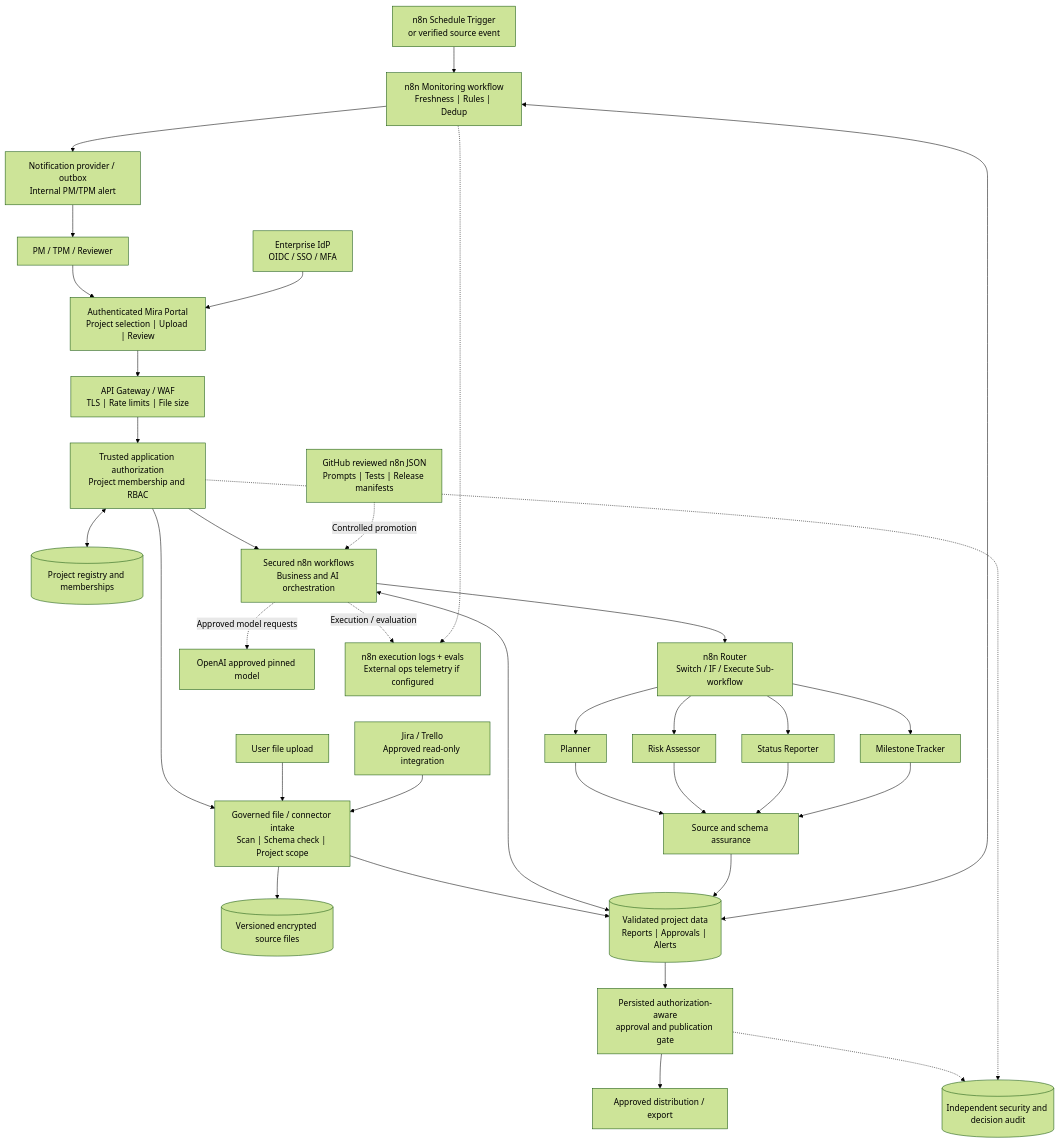
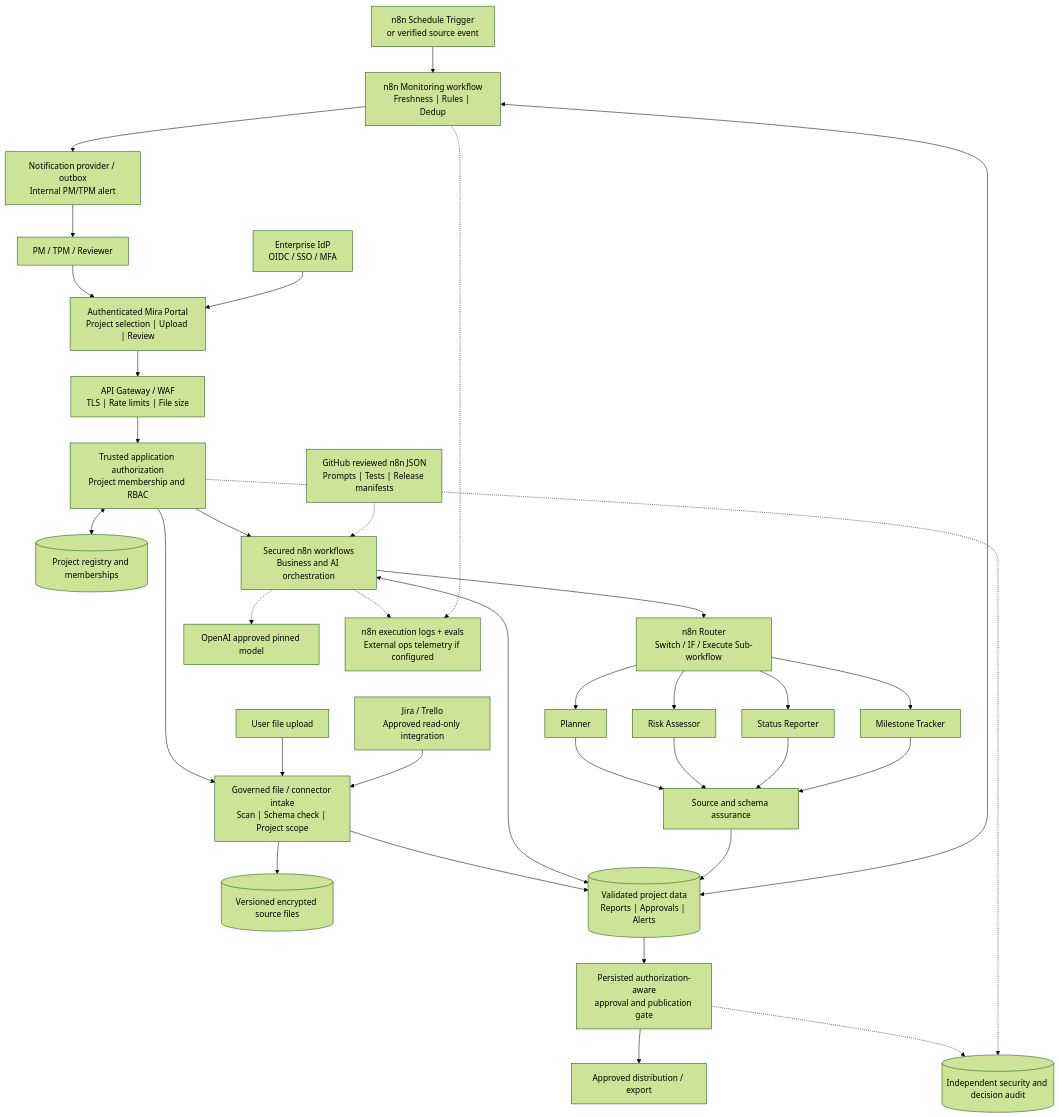
One commit to srinivasallenki99-hue/mira-ai-project-intelligence changed the first of 7 diagrams in docs/Mira_Architecture.md. Above: the diagram before and after it, drawn with Mermaid (forest theme). The commit also changed other lines of this file, not shown here.

````diff
--- a/docs/Mira_Architecture.md
+++ b/docs/Mira_Architecture.md
@@ -26,37 +44,37 @@
 ```mermaid
 flowchart TB
   U["PM / TPM / Reviewer"] --> PORTAL["Authenticated Mira Portal<br/>Project selection | Upload | Review"]
   IDP["Enterprise IdP<br/>OIDC / SSO / MFA"] --> PORTAL
   PORTAL --> EDGE["API Gateway / WAF<br/>TLS | Rate limits | File size"]
   EDGE --> AUTH["Trusted application authorization<br/>Project membership and RBAC"]
   AUTH <--> REG[("Project registry and memberships")]
   AUTH --> INTAKE["Governed file / connector intake<br/>Scan | Schema check | Project scope"]
   FILE["User file upload"] --> INTAKE
   CONNECT["Jira / Trello<br/>Approved read-only integration"] --> INTAKE
   INTAKE --> OBJ[("Versioned encrypted source files")]
   INTAKE --> DB[("Validated project data<br/>Reports | Approvals | Alerts")]
   AUTH --> EXEC["Secured n8n workflows<br/>Business and AI orchestration"]
   EXEC <--> DB
   EXEC --> DISPATCH["n8n Router<br/>Switch / IF / Execute Sub-workflow"]
   DISPATCH --> P["Planner"]
   DISPATCH --> R["Risk Assessor"]
   DISPATCH --> S["Status Reporter"]
   DISPATCH --> M["Milestone Tracker"]
   P --> VALID["Source and schema assurance"]
   R --> VALID
   S --> VALID
   M --> VALID
   VALID --> DB
   DB --> GATE["Persisted authorization-aware<br/>approval and publication gate"]
   GATE --> PUB["Approved distribution / export"]
   TIMER["n8n Schedule Trigger<br/>or verified source event"] --> MON["n8n Monitoring workflow<br/>Freshness | Rules | Dedup"]
   MON <--> DB
   MON --> NOTICE["Notification provider / outbox<br/>Internal PM/TPM alert"]
   NOTICE --> U
-  EXEC -. "Approved model requests" .-> LLM["OpenAI approved pinned model"]
-  EXEC -. "Execution / evaluation" .-> OBS["n8n execution logs + evals<br/>External ops telemetry if configured"]
+  EXEC -.-> LLM["OpenAI approved pinned model"]
+  EXEC -.-> OBS["n8n execution logs + evals<br/>External ops telemetry if configured"]
   MON -.-> OBS
   GATE -.-> AUD[("Independent security and decision audit")]
   AUTH -.-> AUD
-  GH["GitHub reviewed n8n JSON<br/>Prompts | Tests | Release manifests"] -. "Controlled promotion" .-> EXEC
+  GH["GitHub reviewed n8n JSON<br/>Prompts | Tests | Release manifests"] -.-> EXEC
 ```
````
